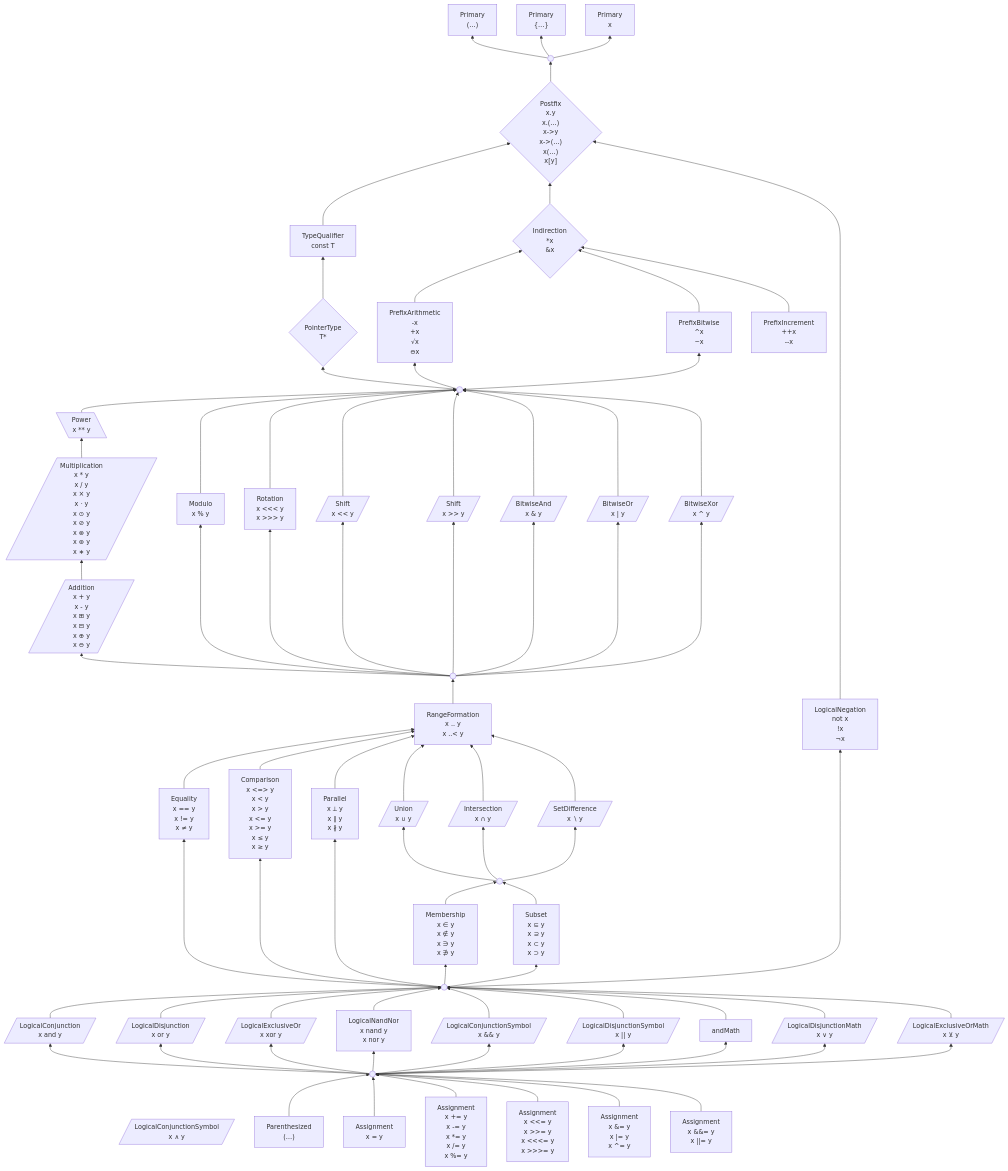
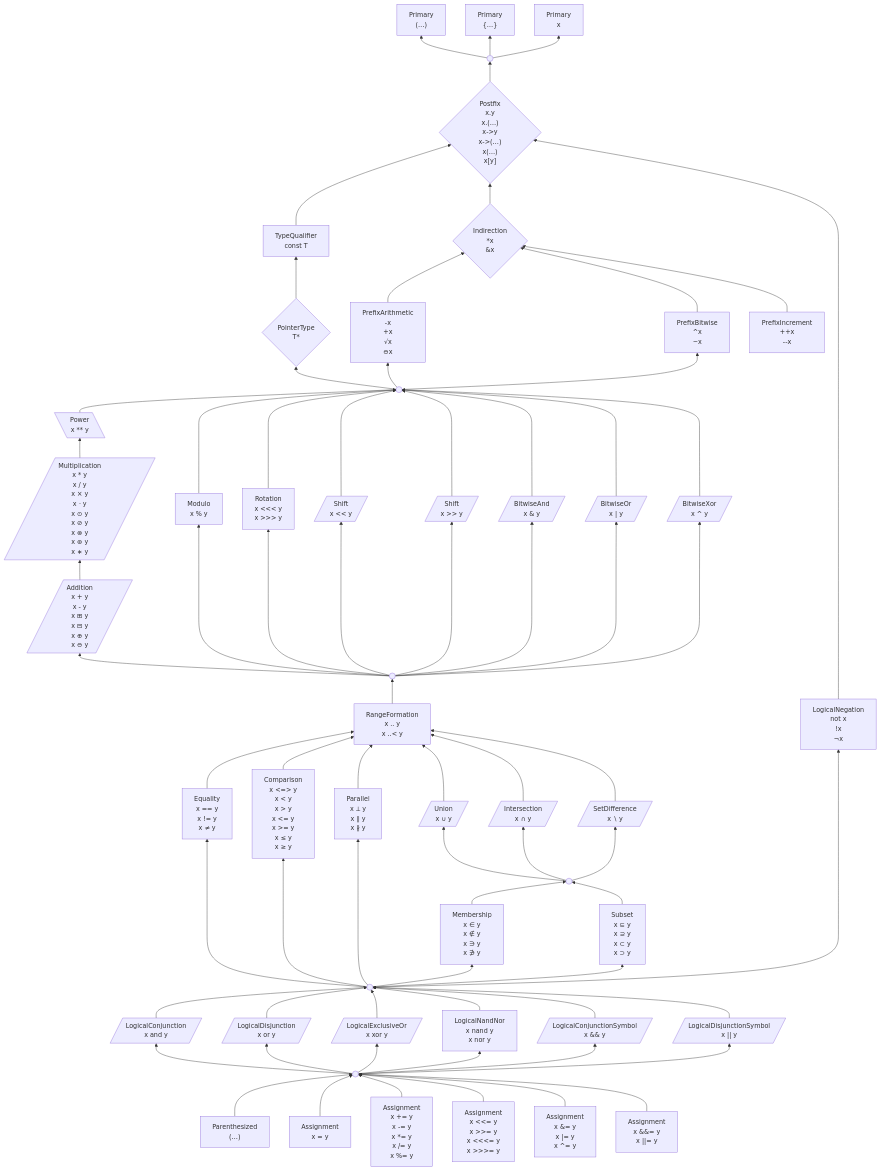
One commit to laro/Cilia changed the first of 2 diagrams in 6 .../2 Unfinished Ideas.md. Above: the diagram before and after it, drawn with Mermaid.

Commit message:
Update 2 Unfinished Ideas.md

```diff
--- a/6 .../2 Unfinished Ideas.md
+++ b/6 .../2 Unfinished Ideas.md
@@ -350,7 +350,7 @@
     %% as["Cast
 %%x as T"]
 
-    and & or & xor & nandNor & andSymbol & orSymbol & andMath & orMath & xorMath --> logicalOperand
+    and & or & xor & nandNor & andSymbol & orSymbol --> logicalOperand
     and[/"LogicalConjunction
 x and y"/]
     or[/"LogicalDisjunction
@@ -364,15 +364,10 @@
 x && y"/]
     orSymbol[/"LogicalDisjunctionSymbol
 x || y"/]
-    andMathl[/"LogicalConjunctionSymbol
-x ∧ y"/]
-    orMath[/"LogicalDisjunctionMath
-x ∨ y"/]
-    xorMath[/"LogicalExclusiveOrMath
-x ⊻ y"/]
+
 
     %% logicalExpression ---> as
-    logicalExpression --> and & or & xor & nandNor & andSymbol & orSymbol & andMath & orMath & xorMath
+    logicalExpression --> and & or & xor & nandNor & andSymbol & orSymbol
     logicalExpression((" "))
 
 
```
